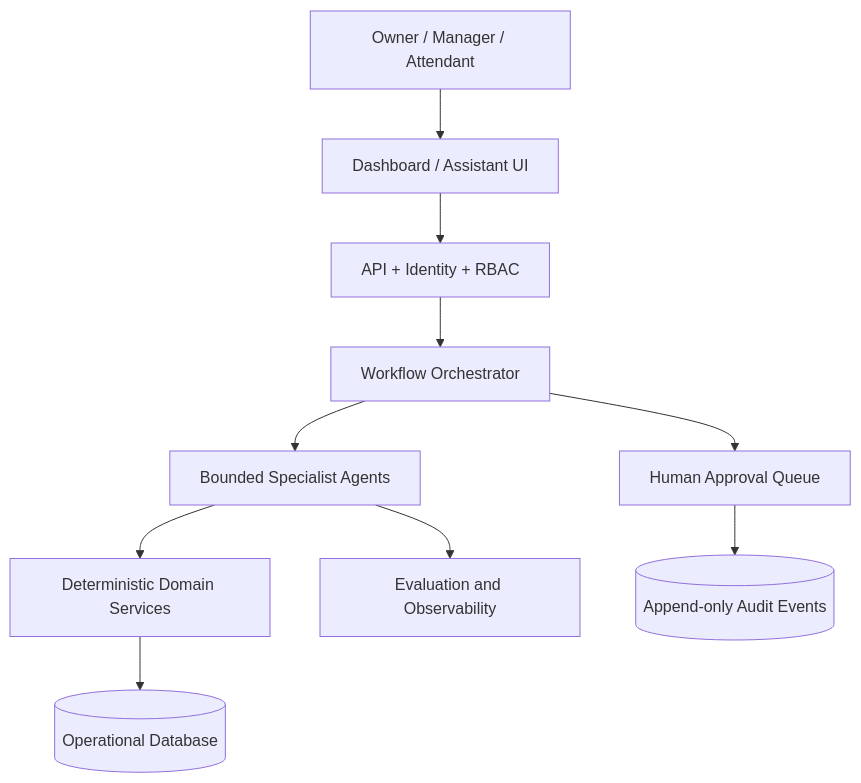
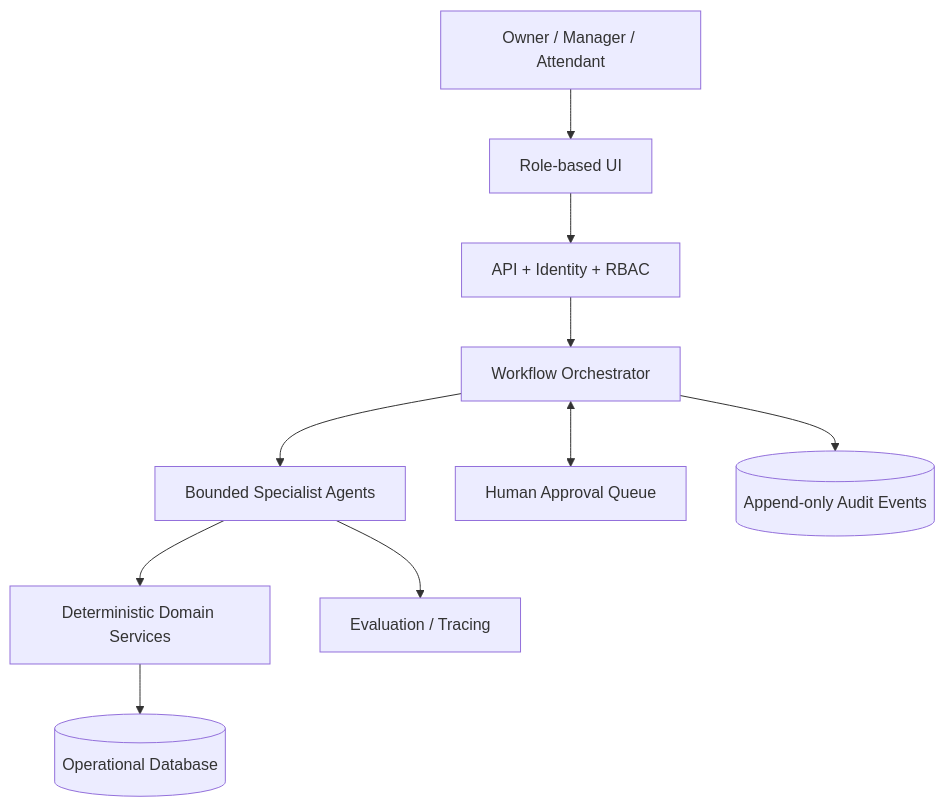
One commit to suhail2101/afsois-agentic-fuel-station-operations changed the diagram in README.md. Above: the diagram before and after it, drawn with Mermaid. The commit also changed other lines of this file and 11 other files, not shown here.

````diff
--- a/README.md
+++ b/README.md
@@ -42,12 +43,12 @@
 ```mermaid
 flowchart TB
-  U[Owner / Manager / Attendant] --> UI[Dashboard / Assistant UI]
+  U[Owner / Manager / Attendant] --> UI[Role-based UI]
   UI --> API[API + Identity + RBAC]
   API --> WF[Workflow Orchestrator]
   WF --> AG[Bounded Specialist Agents]
   AG --> DS[Deterministic Domain Services]
   DS --> DB[(Operational Database)]
-  WF --> H[Human Approval Queue]
-  H --> AUD[(Append-only Audit Events)]
-  AG --> OBS[Evaluation and Observability]
+  WF <--> AP[Human Approval Queue]
+  WF --> AU[(Append-only Audit Events)]
+  AG --> EV[Evaluation / Tracing]
 ```
````
